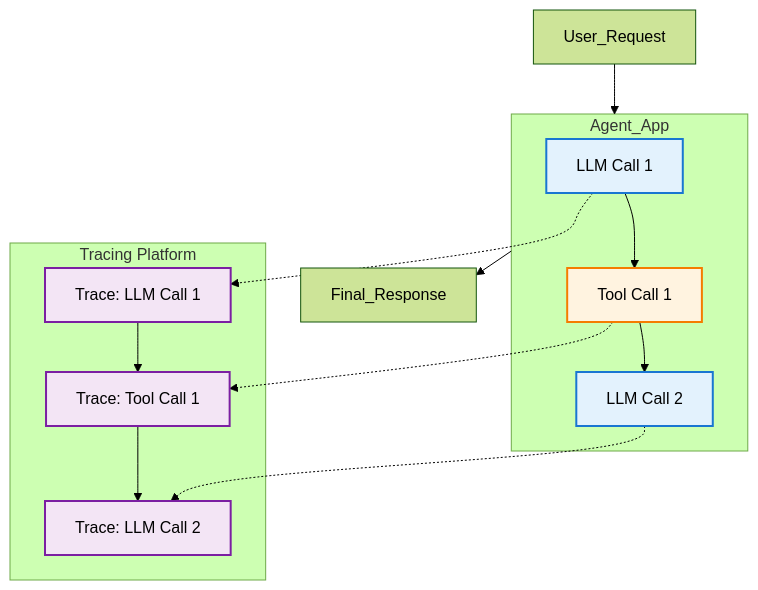
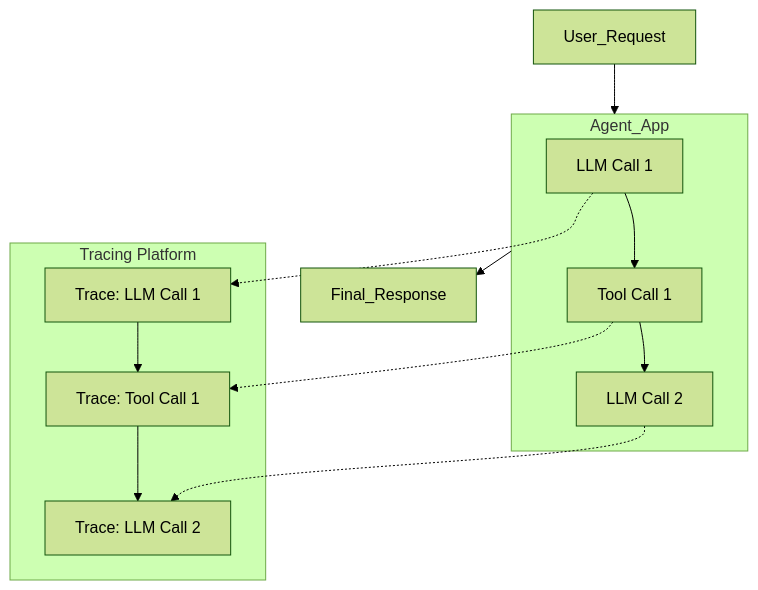
Before and after one commit to harimkang/ai-engineer-guide: the diagram in docs/5-agentic-ai/5-6-평가-and-모니터링/tracing-and-telemetry.md, drawn with Mermaid (forest theme). The commit also changed 45 other files, not shown here.

````diff
--- a/docs/5-agentic-ai/5-6-평가-and-모니터링/tracing-and-telemetry.md
+++ b/docs/5-agentic-ai/5-6-평가-and-모니터링/tracing-and-telemetry.md
@@ -43,28 +43,21 @@
 ```mermaid
 graph TD
     User_Request --> Agent_App
     subgraph "Agent_App"
         A[LLM Call 1] --> B[Tool Call 1]
         B --> C[LLM Call 2]
     end
     Agent_App --> Final_Response
 
     subgraph "Tracing Platform"
         T_A[Trace: LLM Call 1]
         T_B[Trace: Tool Call 1]
         T_C[Trace: LLM Call 2]
         T_A --> T_B
         T_B --> T_C
     end
 
     A -.-> T_A
     B -.-> T_B
     C -.-> T_C
-
-    style A fill:#e3f2fd,stroke:#1976d2,stroke-width:2px
-    style B fill:#fff3e0,stroke:#f57c00,stroke-width:2px
-    style C fill:#e3f2fd,stroke:#1976d2,stroke-width:2px
-    style T_A fill:#f3e5f5,stroke:#7b1fa2,stroke-width:2px
-    style T_B fill:#f3e5f5,stroke:#7b1fa2,stroke-width:2px
-    style T_C fill:#f3e5f5,stroke:#7b1fa2,stroke-width:2px
 ```
````
